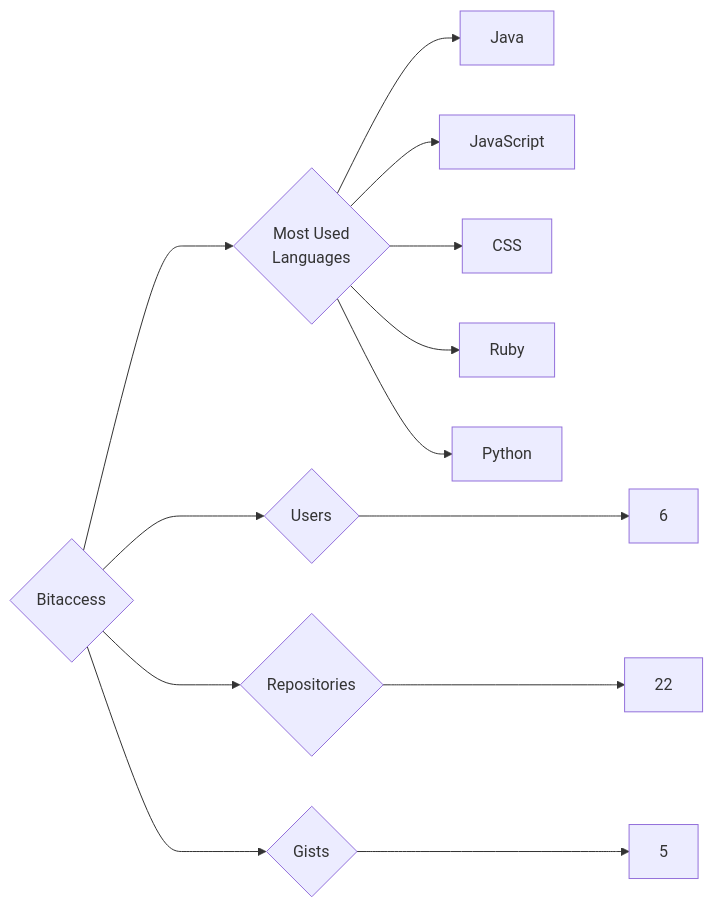
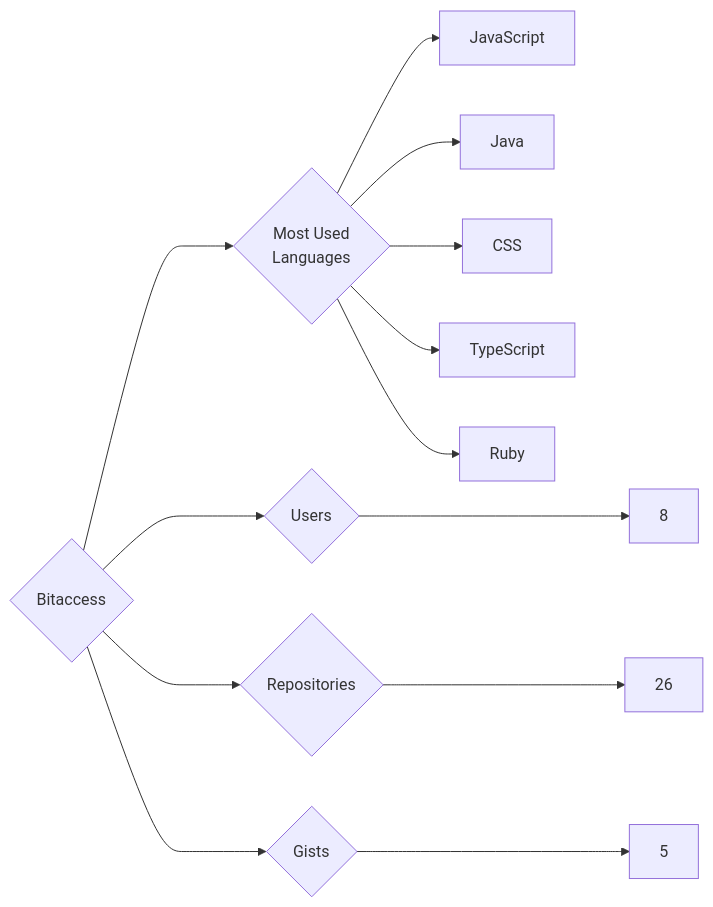
Before and after one commit to trickest/insiders: the diagram in targets/Bitaccess/README.md, drawn with Mermaid. The commit also changed 1166 other files, not shown here.

````diff
--- a/targets/Bitaccess/README.md
+++ b/targets/Bitaccess/README.md
@@ -3,13 +3,13 @@
 ```mermaid
 graph LR
 COMPANY_NAME{Bitaccess}
-COMPANY_NAME ---> U{Users} ---> UN[6]
-COMPANY_NAME ---> R{Repositories} ---> RN[22]
+COMPANY_NAME ---> U{Users} ---> UN[8]
+COMPANY_NAME ---> R{Repositories} ---> RN[26]
 COMPANY_NAME ---> G{Gists} ---> GN[5]
 COMPANY_NAME ---> ML{Most Used<br>Languages}
+ML --> JavaScript[JavaScript]
 ML --> Java[Java]
-ML --> JavaScript[JavaScript]
 ML --> CSS[CSS]
+ML --> TypeScript[TypeScript]
 ML --> Ruby[Ruby]
-ML --> Python[Python]
 ```
````
